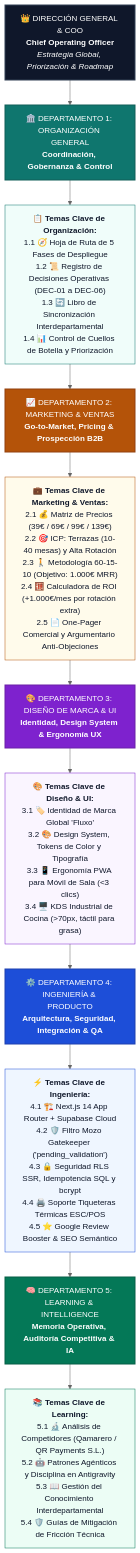
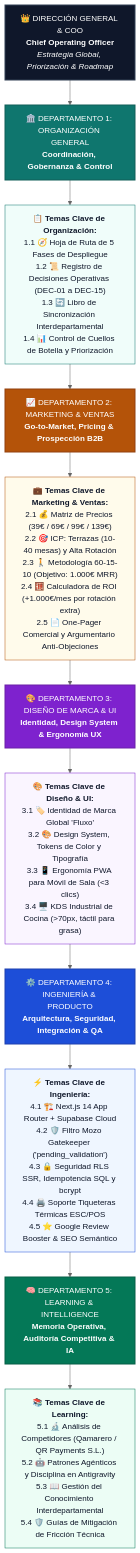
One commit to ElEmiGomez/fluxo-gastro changed the second of 2 diagrams in docs/departamentos/1_organizacion/roadmap_y_organigrama.md. Above: the diagram before and after it, drawn with Mermaid (neutral theme). The commit also changed 3 other files, not shown here.

Commit message:
docs: sincronizacion interdepartamental total de la oferta Piloto 14 Dias a 0 euros y Decision DEC-15

````diff
--- a/docs/departamentos/1_organizacion/roadmap_y_organigrama.md
+++ b/docs/departamentos/1_organizacion/roadmap_y_organigrama.md
@@ -81,31 +81,31 @@
 ```mermaid
 graph TD
     DIR["👑 DIRECCIÓN GENERAL & COO<br/><b>Chief Operating Officer</b><br/><i>Estrategia Global, Priorización & Roadmap</i>"]
     
     DIR --> D1["🏛️ DEPARTAMENTO 1: ORGANIZACIÓN GENERAL<br/><b>Coordinación, Gobernanza & Control</b>"]
-    D1 --> T1["📋 <b>Temas Clave de Organización:</b><br/>1.1 🧭 Hoja de Ruta de 5 Fases de Despliegue<br/>1.2 📜 Registro de Decisiones Operativas (DEC-01 a DEC-06)<br/>1.3 🔄 Libro de Sincronización Interdepartamental<br/>1.4 📊 Control de Cuellos de Botella y Priorización"]
+    D1 --> T1["📋 <b>Temas Clave de Organización:</b><br/>1.1 🧭 Hoja de Ruta de 5 Fases de Despliegue<br/>1.2 📜 Registro de Decisiones Operativas (DEC-01 a DEC-15)<br/>1.3 🔄 Libro de Sincronización Interdepartamental<br/>1.4 📊 Control de Cuellos de Botella y Priorización"]
     
     T1 --> D2["📈 DEPARTAMENTO 2: MARKETING & VENTAS<br/><b>Go-to-Market, Pricing & Prospección B2B</b>"]
     D2 --> T2["💼 <b>Temas Clave de Marketing & Ventas:</b><br/>2.1 💰 Matriz de Precios (39€ / 69€ / 99€ / 139€)<br/>2.2 🎯 ICP: Terrazas (10-40 mesas) y Alta Rotación<br/>2.3 🚶 Metodología 60-15-10 (Objetivo: 1.000€ MRR)<br/>2.4 🧮 Calculadora de ROI (+1.000€/mes por rotación extra)<br/>2.5 📄 One-Pager Comercial y Argumentario Anti-Objeciones"]
     
     T2 --> D3["🎨 DEPARTAMENTO 3: DISEÑO DE MARCA & UI<br/><b>Identidad, Design System & Ergonomía UX</b>"]
     D3 --> T3["🎨 <b>Temas Clave de Diseño & UI:</b><br/>3.1 🏷️ Identidad de Marca Global 'Fluxo'<br/>3.2 🎨 Design System, Tokens de Color y Tipografía<br/>3.3 📱 Ergonomía PWA para Móvil de Sala (<3 clics)<br/>3.4 🖥️ KDS Industrial de Cocina (>70px, táctil para grasa)"]
     
     T3 --> D4["⚙️ DEPARTAMENTO 4: INGENIERÍA & PRODUCTO<br/><b>Arquitectura, Seguridad, Integración & QA</b>"]
     D4 --> T4["⚡ <b>Temas Clave de Ingeniería:</b><br/>4.1 🏗️ Next.js 14 App Router + Supabase Cloud<br/>4.2 🛡️ Filtro Mozo Gatekeeper ('pending_validation')<br/>4.3 🔒 Seguridad RLS SSR, Idempotencia SQL y bcrypt<br/>4.4 🖨️ Soporte Tiqueteras Térmicas ESC/POS<br/>4.5 ⭐ Google Review Booster & SEO Semántico"]
     
     T4 --> D5["🧠 DEPARTAMENTO 5: LEARNING & INTELLIGENCE<br/><b>Memoria Operativa, Auditoría Competitiva & IA</b>"]
     D5 --> T5["📚 <b>Temas Clave de Learning:</b><br/>5.1 🔬 Análisis de Competidores (Qamarero / QR Payments S.L.)<br/>5.2 🤖 Patrones Agénticos y Disciplina en Antigravity<br/>5.3 📖 Gestión del Conocimiento Interdepartamental<br/>5.4 🛡️ Guías de Mitigación de Fricción Técnica"]
 
     style DIR fill:#0f172a,stroke:#334155,stroke-width:2px,color:#ffffff
     style D1 fill:#0f766e,stroke:#115e59,stroke-width:2px,color:#ffffff
     style T1 fill:#f0fdfa,stroke:#0f766e,stroke-width:1px,color:#0f172a
     style D2 fill:#b45309,stroke:#92400e,stroke-width:2px,color:#ffffff
     style T2 fill:#fffbeb,stroke:#b45309,stroke-width:1px,color:#0f172a
     style D3 fill:#7e22ce,stroke:#6b21a8,stroke-width:2px,color:#ffffff
     style T3 fill:#faf5ff,stroke:#7e22ce,stroke-width:1px,color:#0f172a
     style D4 fill:#1d4ed8,stroke:#1e40af,stroke-width:2px,color:#ffffff
     style T4 fill:#eff6ff,stroke:#1d4ed8,stroke-width:1px,color:#0f172a
     style D5 fill:#047857,stroke:#065f46,stroke-width:2px,color:#ffffff
     style T5 fill:#ecfdf5,stroke:#047857,stroke-width:1px,color:#0f172a
 ```
````
